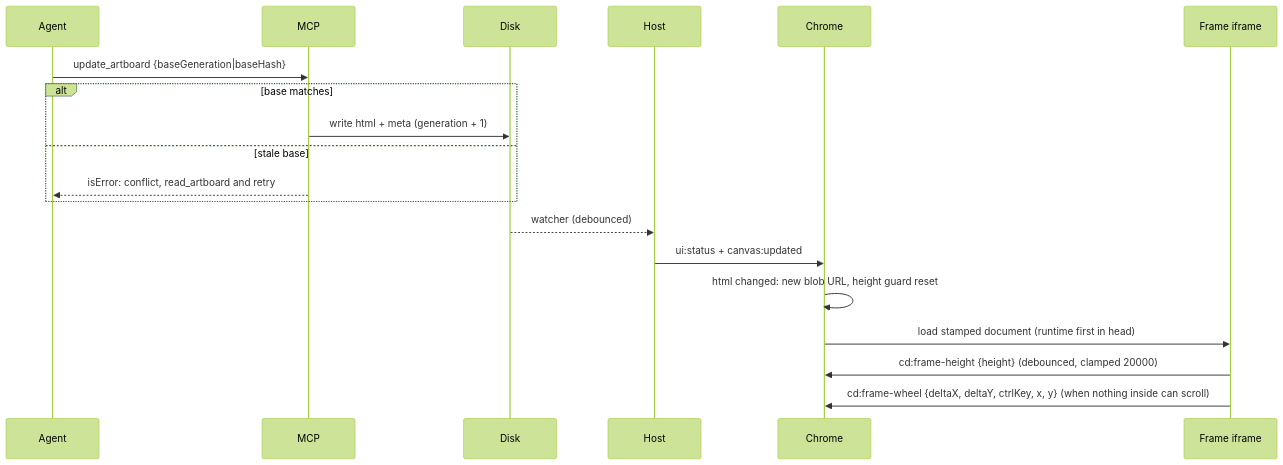
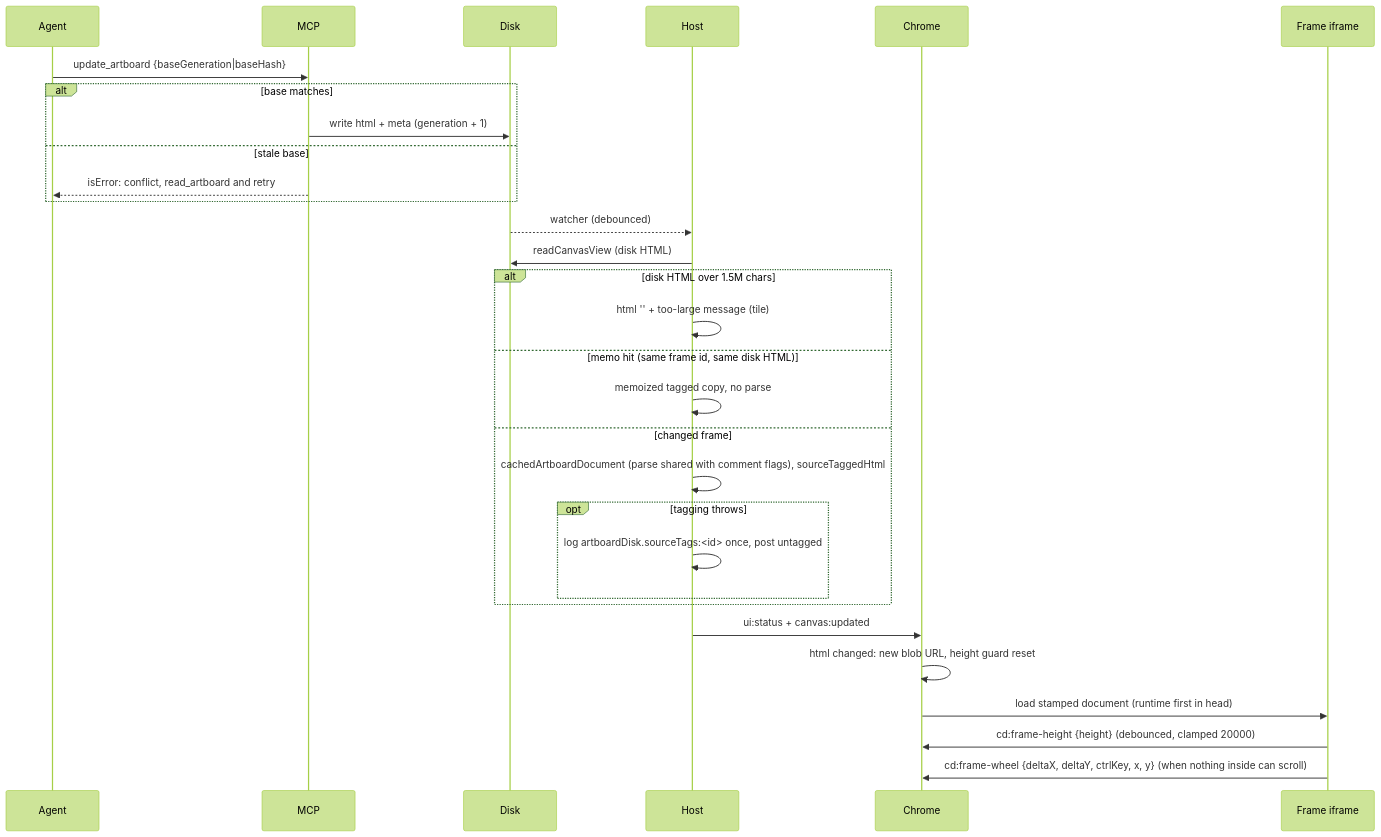
The fourth of 10 diagrams in blueprint/context/system-map.md (MarekBombera/cursor-design-extension), drawn with Mermaid (forest theme) before and after one commit. The commit also changed other lines of this file and 31 other files, not shown here.

First line of the commit message:
feat: 9a source tags in the frame copy and inline-style CSP

````diff
--- a/blueprint/context/system-map.md
+++ b/blueprint/context/system-map.md
@@ -153,21 +156,32 @@
 ```mermaid
 sequenceDiagram
   participant A as Agent
   participant M as MCP
   participant D as Disk
   participant H as Host
   participant C as Chrome
   participant F as Frame iframe
   A->>M: update_artboard {baseGeneration|baseHash}
   alt base matches
     M->>D: write html + meta (generation + 1)
   else stale base
     M-->>A: isError: conflict, read_artboard and retry
   end
   D-->>H: watcher (debounced)
+  H->>D: readCanvasView (disk HTML)
+  alt disk HTML over 1.5M chars
+    H->>H: html '' + too-large message (tile)
+  else memo hit (same frame id, same disk HTML)
+    H->>H: memoized tagged copy, no parse
+  else changed frame
+    H->>H: cachedArtboardDocument (parse shared with comment flags), sourceTaggedHtml
+    opt tagging throws
+      H->>H: log artboardDisk.sourceTags:<id> once, post untagged
+    end
+  end
   H->>C: ui:status + canvas:updated
   C->>C: html changed: new blob URL, height guard reset
   C->>F: load stamped document (runtime first in head)
   F->>C: cd:frame-height {height} (debounced, clamped 20000)
   F->>C: cd:frame-wheel {deltaX, deltaY, ctrlKey, x, y} (when nothing inside can scroll)
 ```
````
